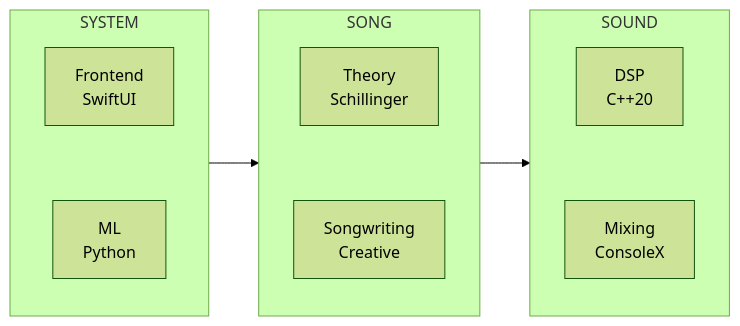
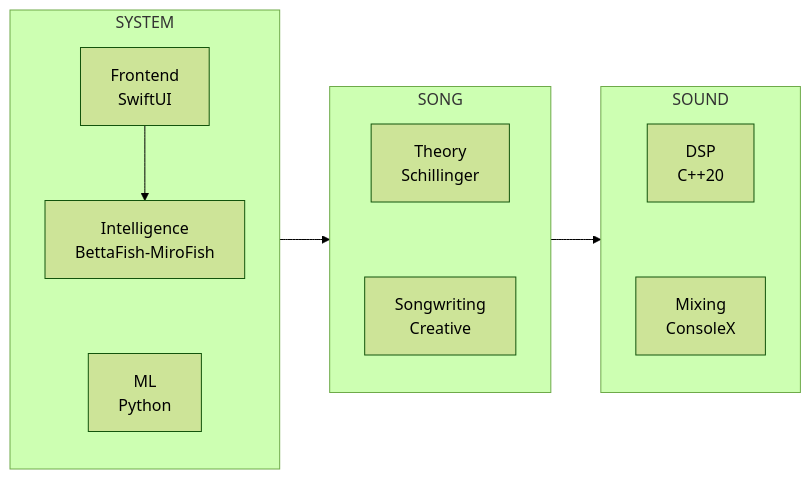
The diagram in README.md (bretbouchard/white-room-system), drawn with Mermaid (forest theme) before and after one commit. The commit also changed other lines of this file and 2 other files, not shown here.

First line of the commit message:
docs: add BettaFish-MiroFish Intelligence Layer documentation

````diff
--- a/README.md
+++ b/README.md
@@ -70,22 +76,24 @@
 ```mermaid
 flowchart LR
     subgraph SYSTEM["SYSTEM"]
         Frontend["Frontend<br/>SwiftUI"]
+        Intelligence["Intelligence<br/>BettaFish-MiroFish"]
         ML["ML<br/>Python"]
-        Frontend ~~~ ML
+        Frontend --> Intelligence
+        Intelligence ~~~ ML
     end
 
     subgraph SONG["SONG"]
         Theory["Theory<br/>Schillinger"]
         Songwriting["Songwriting<br/>Creative"]
         Theory ~~~ Songwriting
     end
 
     subgraph SOUND["SOUND"]
         DSP["DSP<br/>C++20"]
         Mixing["Mixing<br/>ConsoleX"]
         DSP ~~~ Mixing
     end
 
     SYSTEM --> SONG --> SOUND
 ```
````
